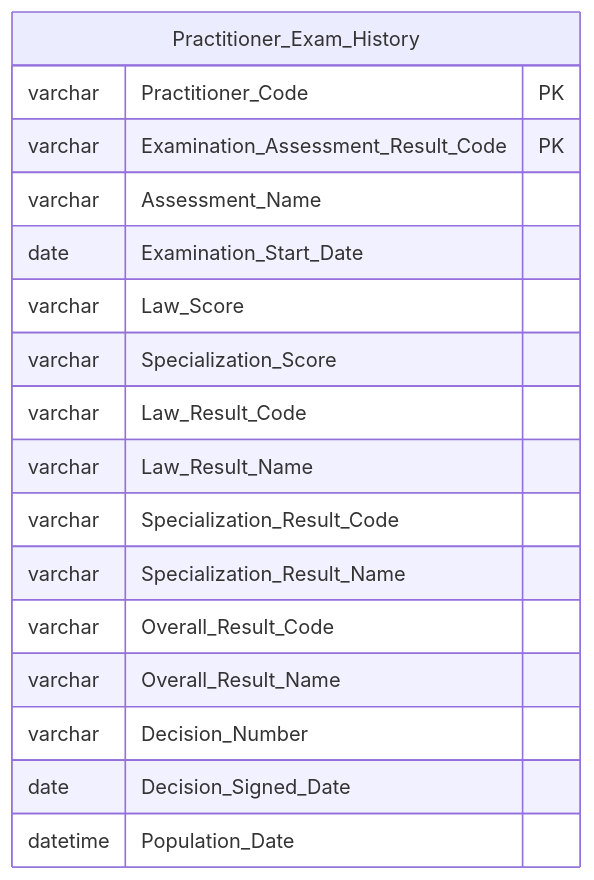
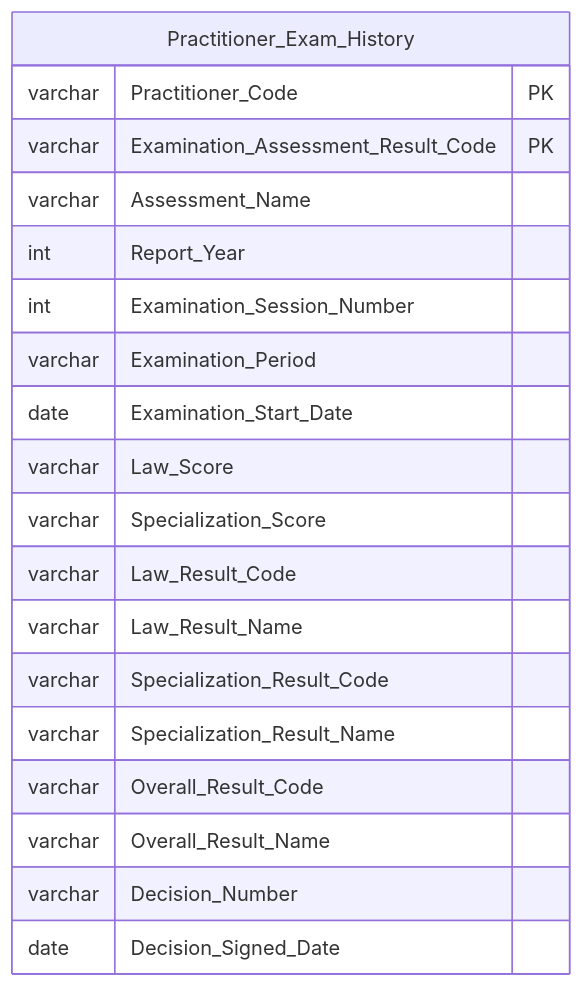
Before and after one commit to linhlvit/ubck_atomic_design: diagram 32 of 40 in Datamart/hld/DTM_NHNCK_HLD.md, drawn with Mermaid. The commit also changed other lines of this file and 13 other files, not shown here.

````diff
--- a/Datamart/hld/DTM_NHNCK_HLD.md
+++ b/Datamart/hld/DTM_NHNCK_HLD.md
@@ -1363,20 +1364,23 @@
 ```mermaid
 erDiagram
     Practitioner_Exam_History {
         varchar Practitioner_Code PK
         varchar Examination_Assessment_Result_Code PK
         varchar Assessment_Name
+        int Report_Year
+        int Examination_Session_Number
+        varchar Examination_Period
         date Examination_Start_Date
         varchar Law_Score
         varchar Specialization_Score
         varchar Law_Result_Code
         varchar Law_Result_Name
         varchar Specialization_Result_Code
         varchar Specialization_Result_Name
         varchar Overall_Result_Code
         varchar Overall_Result_Name
         varchar Decision_Number
         date Decision_Signed_Date
-        datetime Population_Date
+
     }
 ```
````
